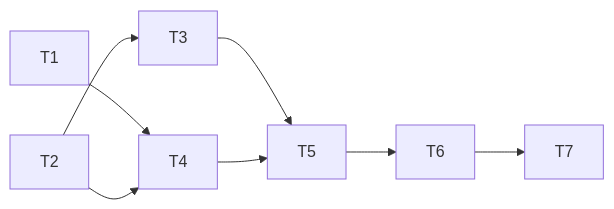
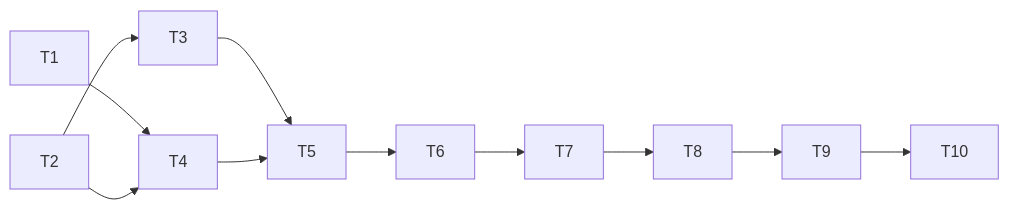
One commit to egorvel/rent-flow-reservation changed the diagram in .specs/reservation-cancellation/tasks.md. Above: the diagram before and after it, drawn with Mermaid. The commit also changed other lines of this file and 26 other files, not shown here.

````diff
--- a/.specs/reservation-cancellation/tasks.md
+++ b/.specs/reservation-cancellation/tasks.md
@@ -11,10 +12,13 @@
 ```mermaid
 graph LR
     T1 --> T4
     T2 --> T3
     T2 --> T4
     T3 --> T5
     T4 --> T5
     T5 --> T6
     T6 --> T7
+    T7 --> T8
+    T8 --> T9
+    T9 --> T10
 ```
````
